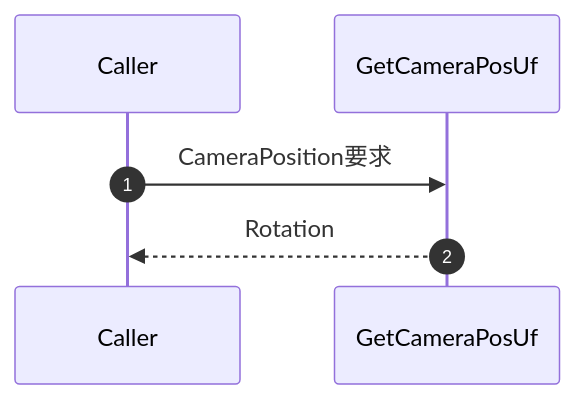
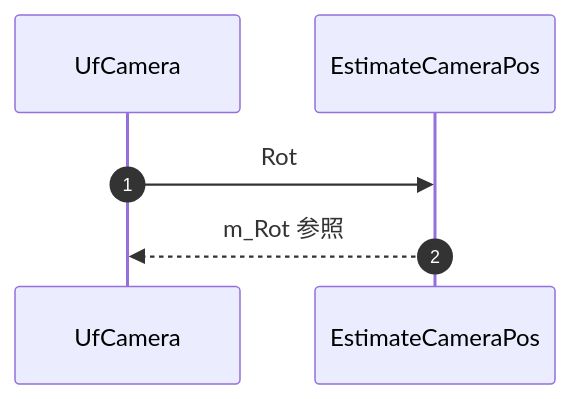
The fifth of 6 diagrams in docs/UfCamera_詳細設計書/08_メソッド仕様/08-6_EstimateCameraPos連携メンバ.md (HottaTakayuki/ColorAlignmentSoftware), drawn with Mermaid before and after one commit. The commit also changed other lines of this file and 13 other files, not shown here.

````diff
--- a/docs/UfCamera_詳細設計書/08_メソッド仕様/08-6_EstimateCameraPos連携メンバ.md
+++ b/docs/UfCamera_詳細設計書/08_メソッド仕様/08-6_EstimateCameraPos連携メンバ.md
@@ -138,8 +314,9 @@
 ```mermaid
 sequenceDiagram
-	autonumber
-	participant CALLER as Caller
-	participant UF as GetCameraPosUf
-	CALLER->>UF: CameraPosition要求
-	UF-->>CALLER: Rotation
+    autonumber
+    participant CALLER as UfCamera
+    participant E as EstimateCameraPos
+
+    CALLER->>E: Rot
+    E-->>CALLER: m_Rot 参照
 ```
````
